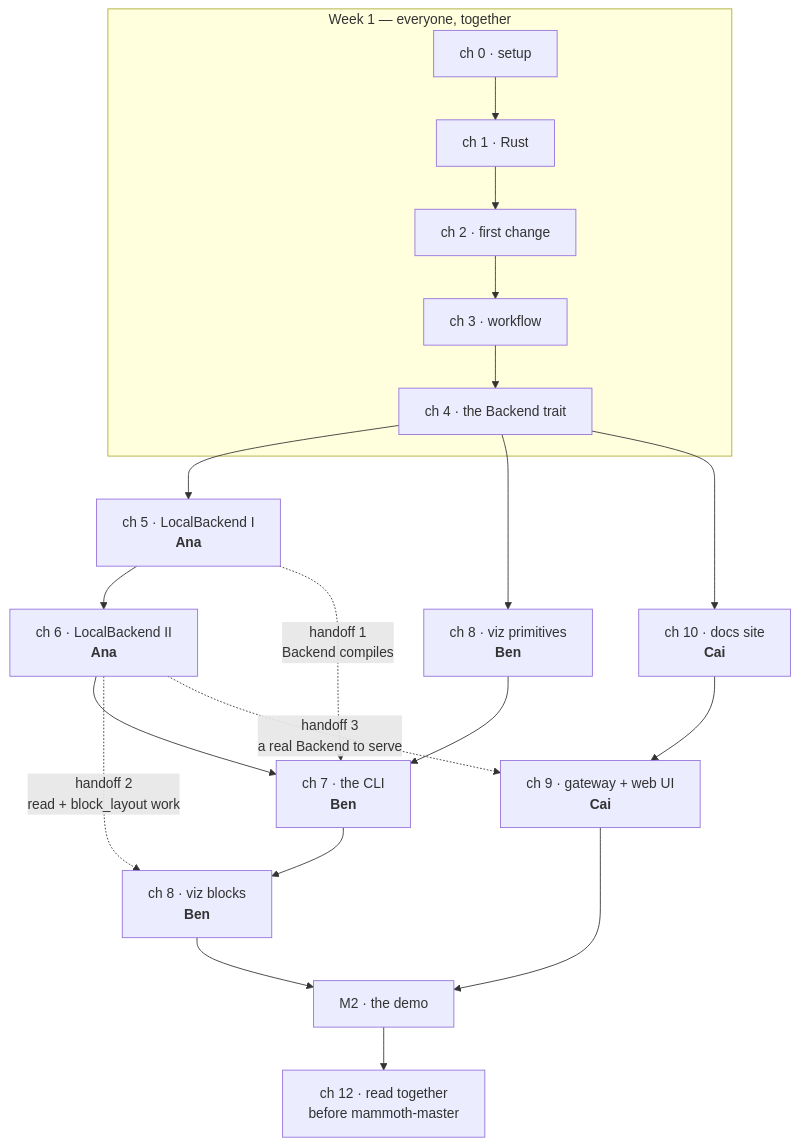
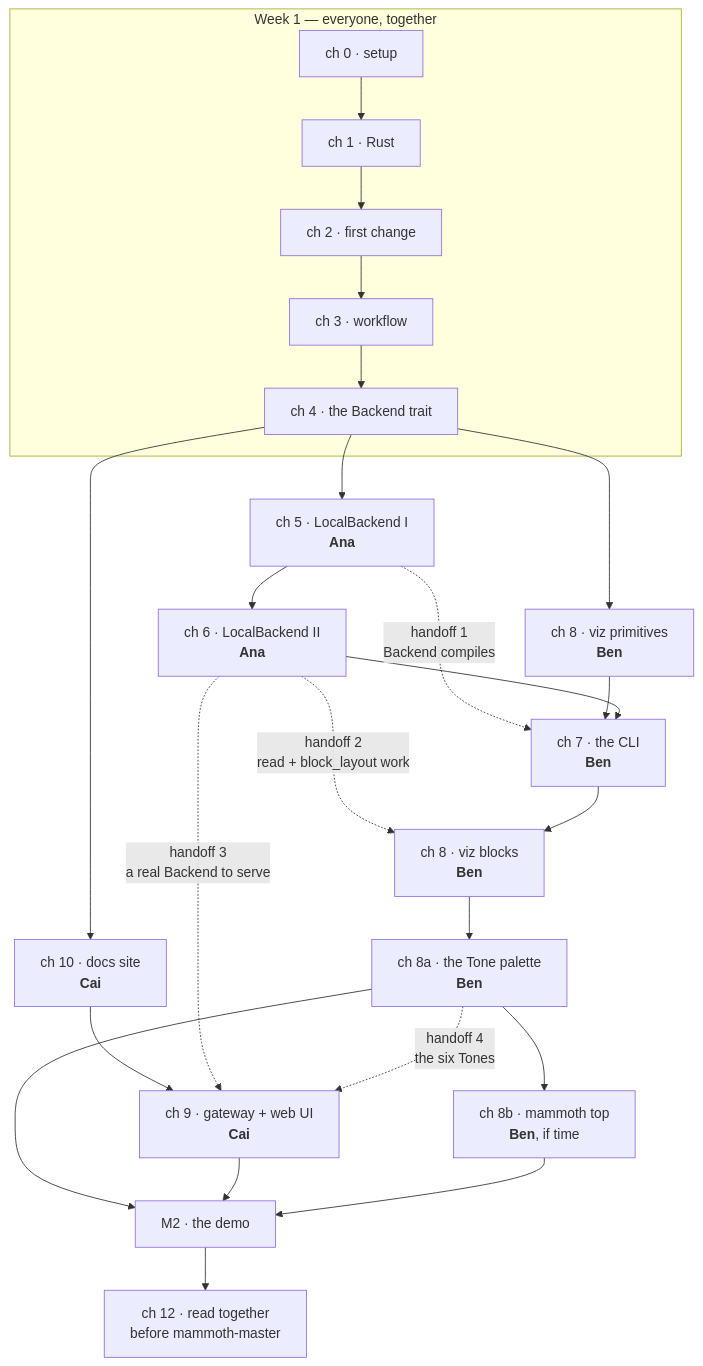
The diagram in docs/guide/TEAM-PLAN.md (ProjectOrcha/Mammoth), drawn with Mermaid before and after one commit. The commit also changed other lines of this file and 42 other files, not shown here.

````diff
--- a/docs/guide/TEAM-PLAN.md
+++ b/docs/guide/TEAM-PLAN.md
@@ -18,28 +34,32 @@
 ```mermaid
 flowchart TD
     subgraph everyone["Week 1 — everyone, together"]
         c0["ch 0 · setup"] --> c1["ch 1 · Rust"]
         c1 --> c2["ch 2 · first change"]
         c2 --> c3["ch 3 · workflow"]
         c3 --> c4["ch 4 · the Backend trait"]
     end
 
     c4 --> a5["ch 5 · LocalBackend I<br/><b>Ana</b>"]
     c4 --> b8["ch 8 · viz primitives<br/><b>Ben</b>"]
     c4 --> c10["ch 10 · docs site<br/><b>Cai</b>"]
 
     a5 --> a6["ch 6 · LocalBackend II<br/><b>Ana</b>"]
     a5 -. "handoff 1<br/>Backend compiles" .-> b7["ch 7 · the CLI<br/><b>Ben</b>"]
     b8 --> b7
     a6 --> b7
 
     a6 -. "handoff 2<br/>read + block_layout work" .-> b8b["ch 8 · viz blocks<br/><b>Ben</b>"]
     b7 --> b8b
+    b8b --> b8a["ch 8a · the Tone palette<br/><b>Ben</b>"]
+    b8a --> b8bb["ch 8b · mammoth top<br/><b>Ben</b>, if time"]
 
     c10 --> c9["ch 9 · gateway + web UI<br/><b>Cai</b>"]
     a6 -. "handoff 3<br/>a real Backend to serve" .-> c9
+    b8a -. "handoff 4<br/>the six Tones" .-> c9
 
-    b8b --> demo["M2 · the demo"]
+    b8a --> demo["M2 · the demo"]
     c9 --> demo
+    b8bb --> demo
     demo --> c12["ch 12 · read together<br/>before mammoth-master"]
 ```
````
